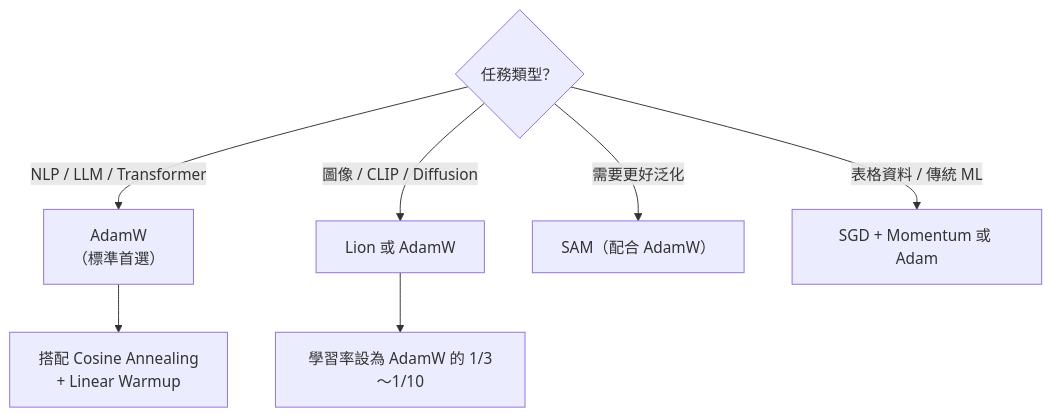
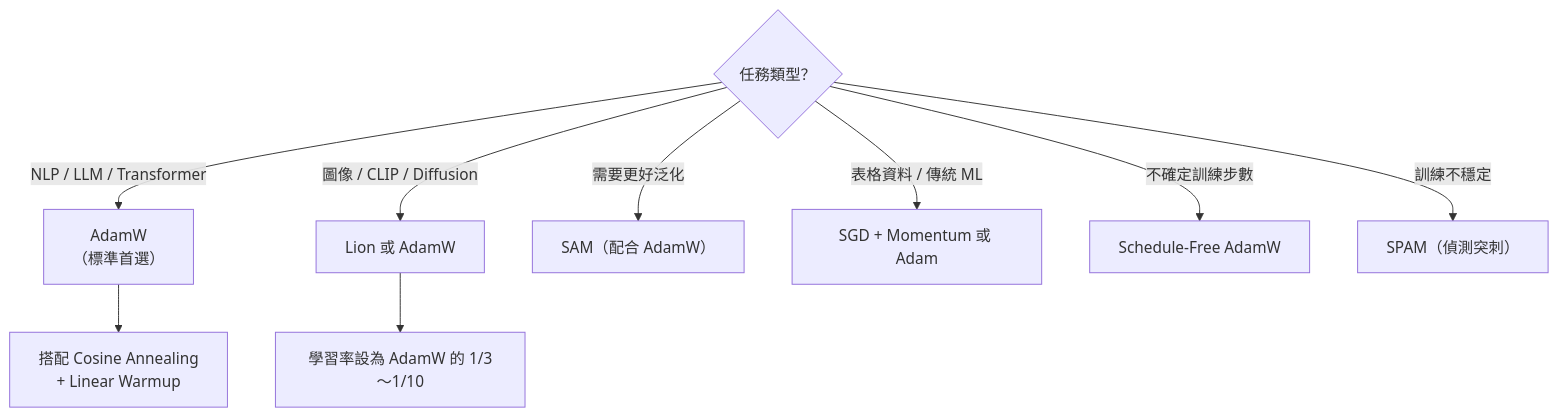
One commit to xxleanlinxx/Stanford-ML-Specialization-LectureNote changed the second of 2 diagrams in lecture_notes/Knowledge Points/KP-02 - 現代優化器.md. Above: the diagram before and after it, drawn with Mermaid. The commit also changed other lines of this file and 28 other files, not shown here.

````diff
--- a/lecture_notes/Knowledge Points/KP-02 - 現代優化器.md
+++ b/lecture_notes/Knowledge Points/KP-02 - 現代優化器.md
@@ -180,9 +258,11 @@
 ```mermaid
 graph TD
     Q1{"任務類型？"} --> |"NLP / LLM / Transformer"| ADAMW["AdamW<br/>（標準首選）"]
     Q1 --> |"圖像 / CLIP / Diffusion"| LION["Lion 或 AdamW"]
     Q1 --> |"需要更好泛化"| SAM["SAM（配合 AdamW）"]
     Q1 --> |"表格資料 / 傳統 ML"| SGDM["SGD + Momentum 或 Adam"]
+    Q1 --> |"不確定訓練步數"| SF["Schedule-Free AdamW"]
+    Q1 --> |"訓練不穩定"| SPAM2["SPAM（偵測突刺）"]
     ADAMW --> WD["搭配 Cosine Annealing<br/>+ Linear Warmup"]
     LION --> SMALLLR["學習率設為 AdamW 的 1/3～1/10"]
 ```
````
